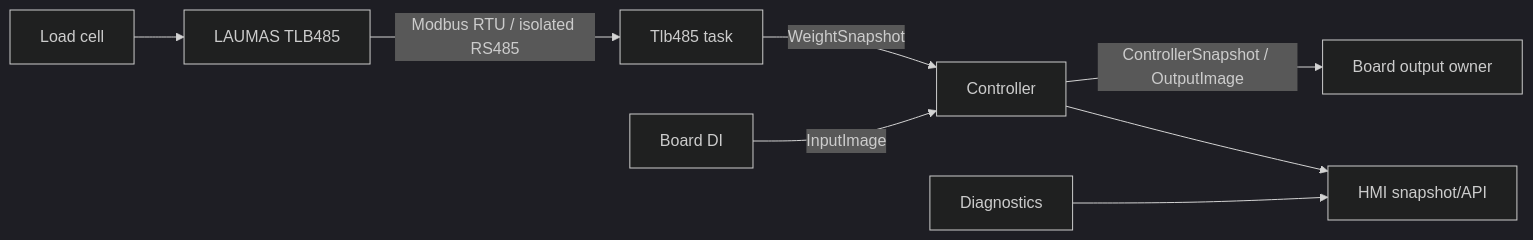
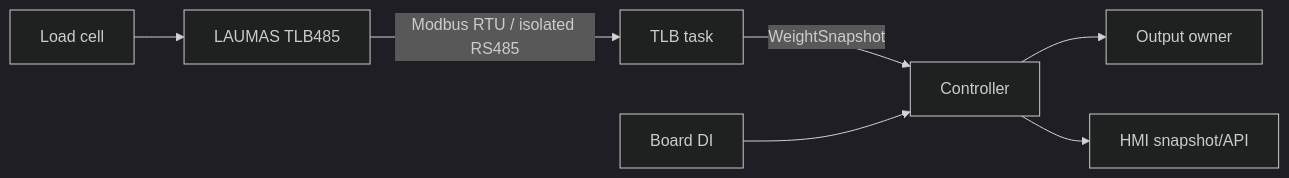
One commit to plantops/filling-controller changed the third of 3 diagrams in docs/SP01_ENGINEERING_VIEWS.md. Above: the diagram before and after it, drawn with Mermaid (dark theme). The commit also changed other lines of this file, not shown here.

````diff
--- a/docs/SP01_ENGINEERING_VIEWS.md
+++ b/docs/SP01_ENGINEERING_VIEWS.md
@@ -344,10 +281,9 @@
 ```mermaid
 flowchart LR
     LC[Load cell] --> TLB[LAUMAS TLB485]
-    TLB -->|Modbus RTU / isolated RS485| TW[Tlb485 task]
+    TLB -->|Modbus RTU / isolated RS485| TW[TLB task]
     TW -->|WeightSnapshot| C[Controller]
-    DI[Board DI] -->|InputImage| C
-    C -->|ControllerSnapshot / OutputImage| IO[Board output owner]
+    DI[Board DI] --> C
+    C --> IO[Output owner]
     C --> H[HMI snapshot/API]
-    D[Diagnostics] --> H
 ```
````
